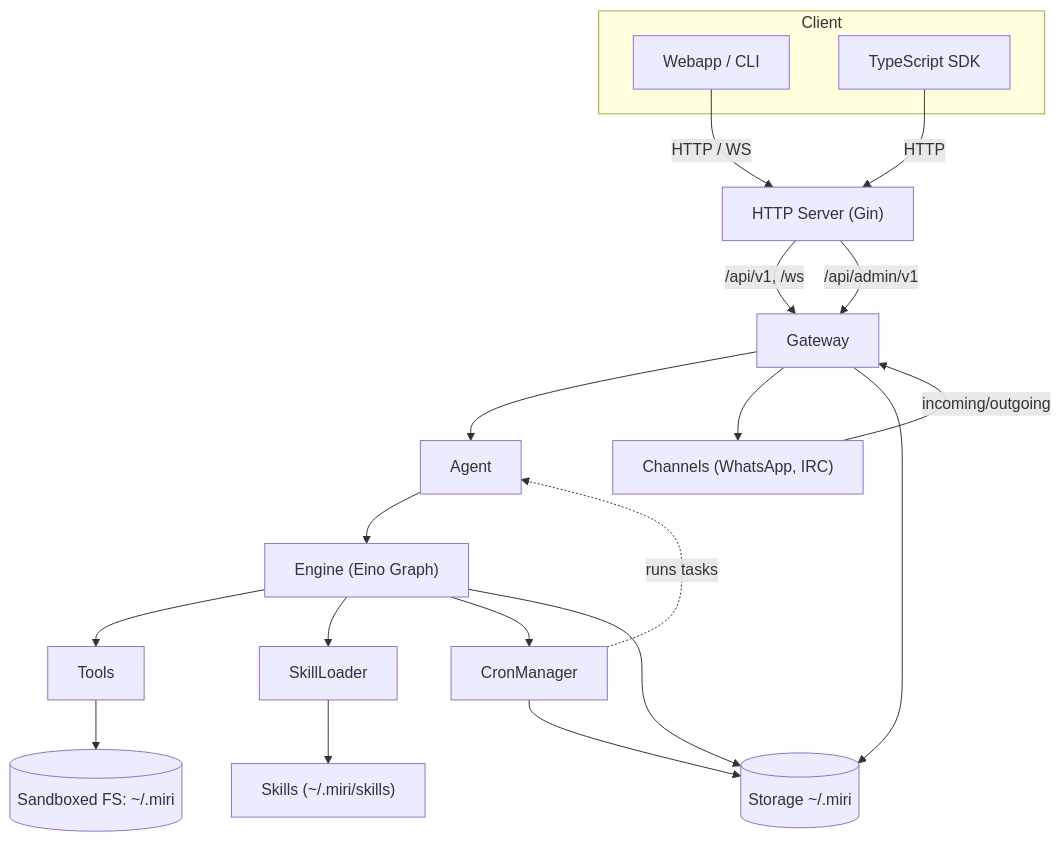
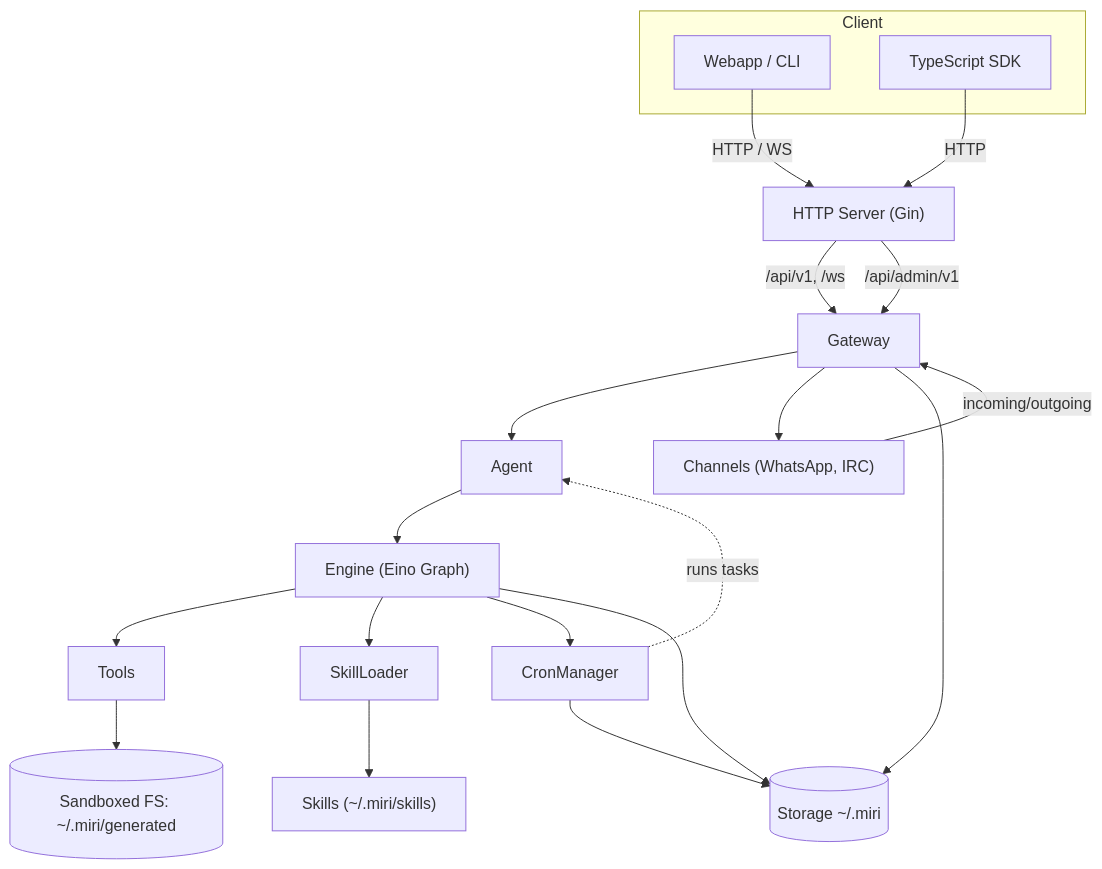
One commit to AlexRockShouts/miri-main changed the diagram in README.md. Above: the diagram before and after it, drawn with Mermaid. The commit also changed other lines of this file and 60 other files, not shown here.

````diff
--- a/README.md
+++ b/README.md
@@ -9,30 +9,30 @@
 ```mermaid
 flowchart TD
   subgraph Client
     UI[Webapp / CLI]
     SDK[TypeScript SDK]
   end
 
   UI -->|"HTTP / WS"| REST["HTTP Server (Gin)"]
   SDK -->|HTTP| REST
 
   REST -->|"/api/v1, /ws"| GW[Gateway]
   REST -->|/api/admin/v1| GW
 
   GW --> AG[Agent]
   GW --> CH["Channels (WhatsApp, IRC)"]
   CH -->|incoming/outgoing| GW
 
   AG --> EN["Engine (Eino Graph)"]
   EN --> TL[Tools]
   EN --> SL[SkillLoader]
   EN --> CR[CronManager]
 
   SL --> SK["Skills (~/.miri/skills)"]
-  TL --> FS[("Sandboxed FS: ~/.miri")]
+  TL --> FS[("Sandboxed FS: ~/.miri/generated")]
 
   GW --> ST[("Storage ~/.miri")]
   EN --> ST
   CR --> ST
   CR -.->|runs tasks| AG
 ```
````
